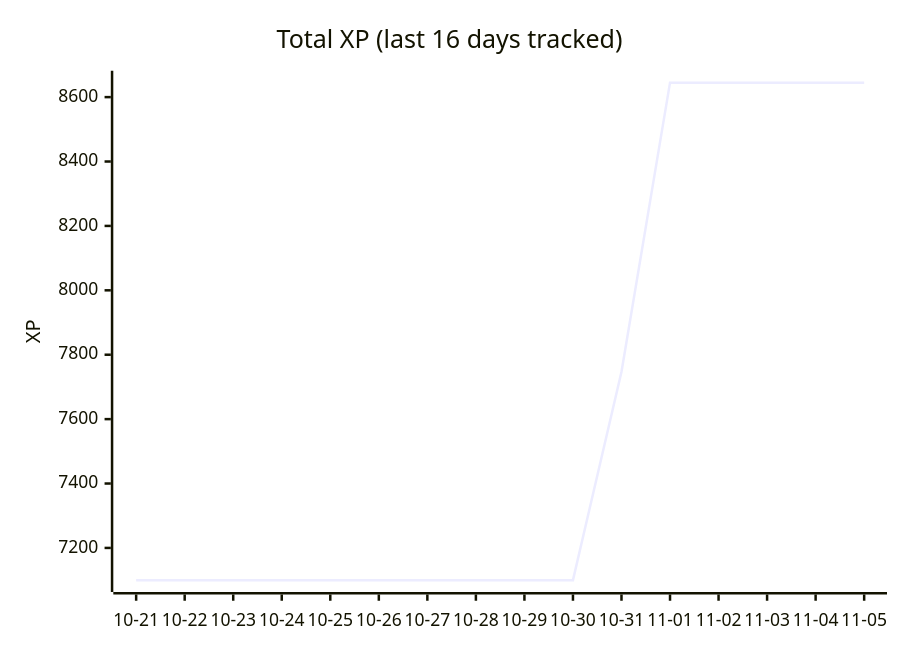
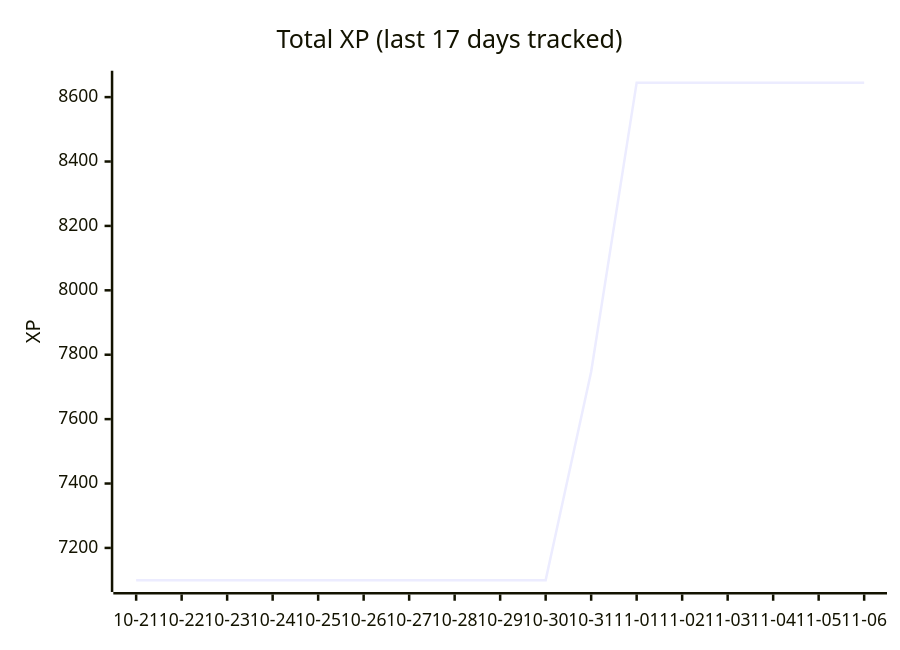
Before and after one commit to ASR222/bootdev-progress: the diagram in README.md, drawn with Mermaid. The commit also changed other lines of this file and 1 other file, not shown here.

Commit message:
Boot.dev progress: 2026-11-05

````diff
--- a/README.md
+++ b/README.md
@@ -14,7 +14,7 @@
 ```mermaid
 xychart-beta
-    title "Total XP (last 16 days tracked)"
-    x-axis ["10-21", "10-22", "10-23", "10-24", "10-25", "10-26", "10-27", "10-28", "10-29", "10-30", "10-31", "11-01", "11-02", "11-03", "11-04", "11-05"]
+    title "Total XP (last 17 days tracked)"
+    x-axis ["10-21", "10-22", "10-23", "10-24", "10-25", "10-26", "10-27", "10-28", "10-29", "10-30", "10-31", "11-01", "11-02", "11-03", "11-04", "11-05", "11-06"]
     y-axis "XP"
-    line [7100, 7100, 7100, 7100, 7100, 7100, 7100, 7100, 7100, 7100, 7747, 8645, 8645, 8645, 8645, 8645]
+    line [7100, 7100, 7100, 7100, 7100, 7100, 7100, 7100, 7100, 7100, 7747, 8645, 8645, 8645, 8645, 8645, 8645]
 ```
````
